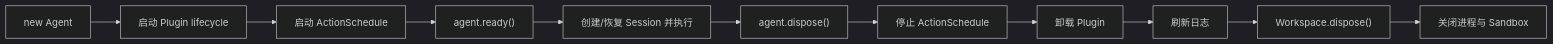
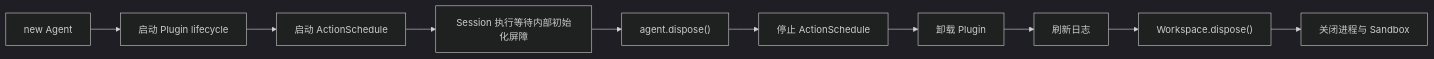
Before and after one commit to genesiscosmos/downcity: the fourth of 4 diagrams in docs/agent-sdk-architecture.md, drawn with Mermaid (dark theme). The commit also changed other lines of this file and 113 other files, not shown here.

````diff
--- a/docs/agent-sdk-architecture.md
+++ b/docs/agent-sdk-architecture.md
@@ -726,13 +723,12 @@
 ```mermaid
 flowchart LR
     Construct["new Agent"] --> StartPlugins["启动 Plugin lifecycle"]
     StartPlugins --> StartSchedule["启动 ActionSchedule"]
-    StartSchedule --> Ready["agent.ready()"]
-    Ready --> Running["创建/恢复 Session 并执行"]
+    StartSchedule --> Running["Session 执行等待内部初始化屏障"]
     Running --> Dispose["agent.dispose()"]
     Dispose --> StopSchedule["停止 ActionSchedule"]
     StopSchedule --> StopPlugins["卸载 Plugin"]
     StopPlugins --> SaveLogs["刷新日志"]
     SaveLogs --> DisposeWorkspace["Workspace.dispose()"]
     DisposeWorkspace --> CloseShell["关闭进程与 Sandbox"]
 ```
````
